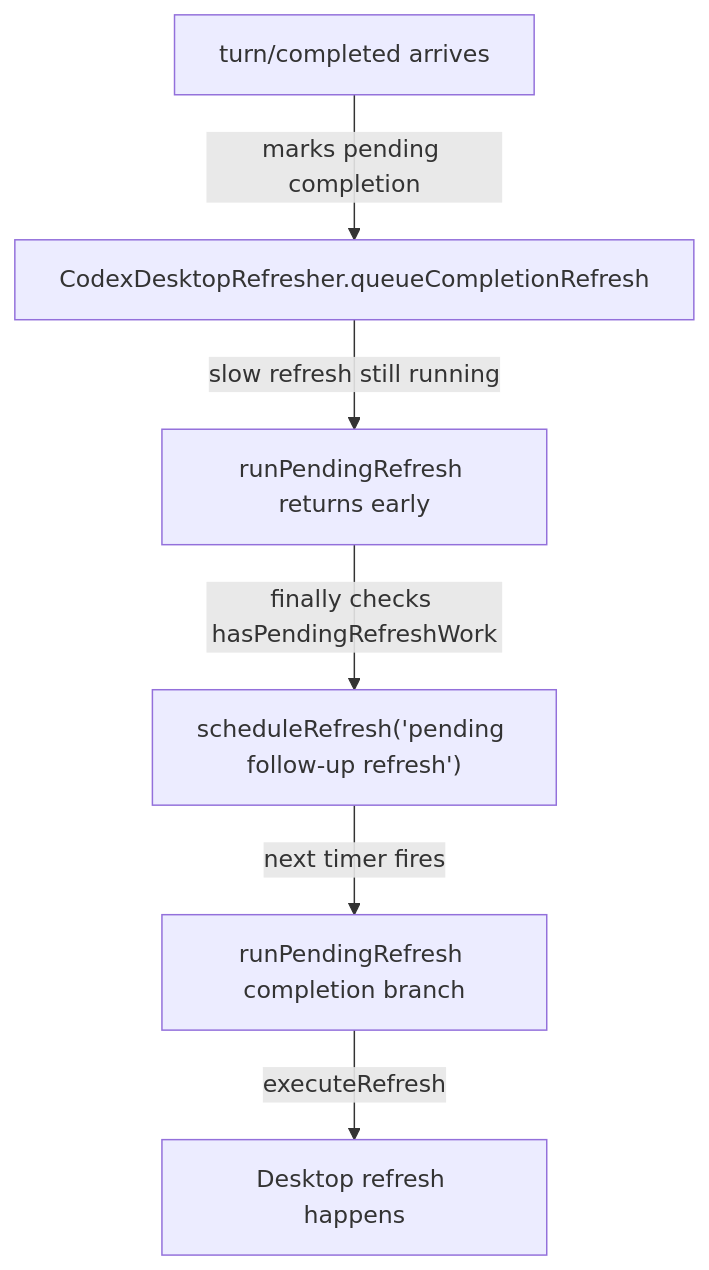
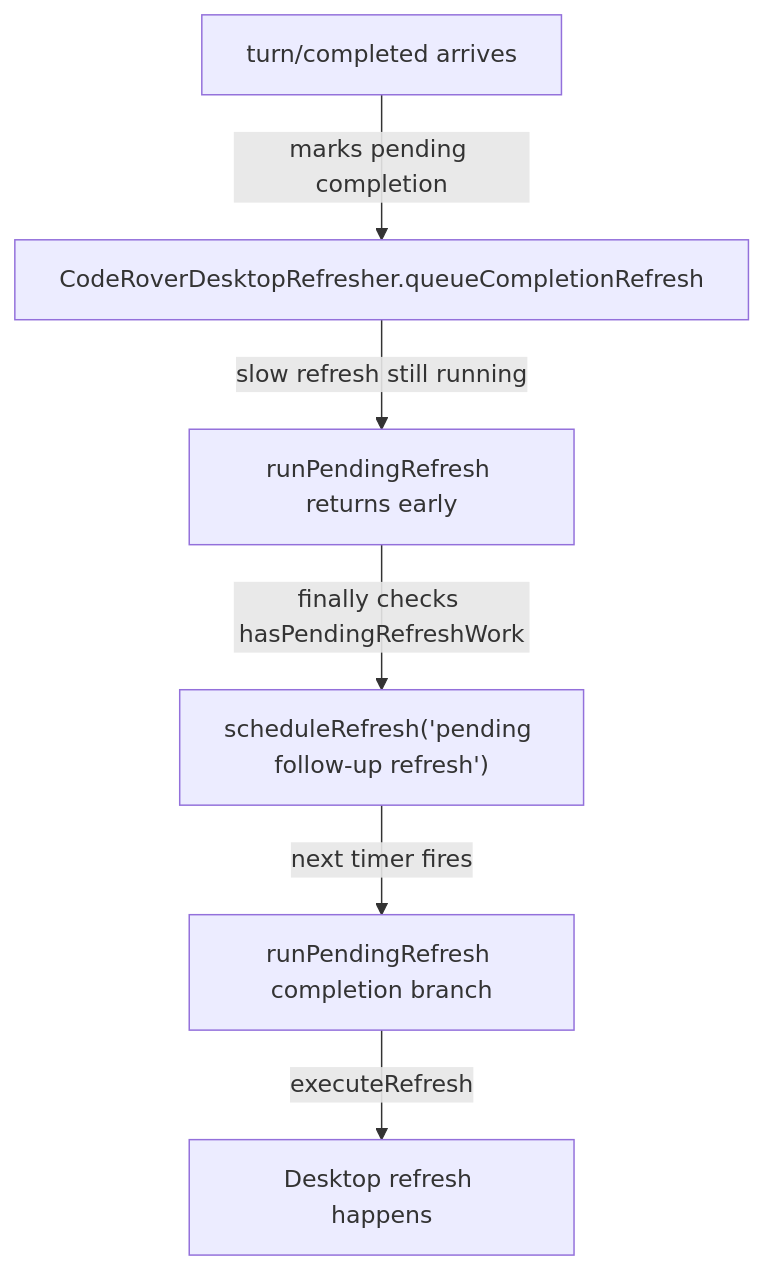
Before and after one commit to sofent11/CodeRover: the first of 2 diagrams in Docs/RECAP-review-finding-fixes.md, drawn with Mermaid. The commit also changed other lines of this file and 564 other files, not shown here.

Commit message:
Rename app to CodeRover and restore Codex runtime naming

````diff
--- a/Docs/RECAP-review-finding-fixes.md
+++ b/Docs/RECAP-review-finding-fixes.md
@@ -46,8 +46,8 @@
 ```mermaid
 flowchart TD
-    A["turn/completed arrives"] -->|marks pending completion| B["CodexDesktopRefresher.queueCompletionRefresh"]
+    A["turn/completed arrives"] -->|marks pending completion| B["CodeRoverDesktopRefresher.queueCompletionRefresh"]
     B -->|slow refresh still running| C["runPendingRefresh returns early"]
     C -->|finally checks hasPendingRefreshWork| D["scheduleRefresh('pending follow-up refresh')"]
     D -->|next timer fires| E["runPendingRefresh completion branch"]
     E -->|executeRefresh| F["Desktop refresh happens"]
 ```
````
